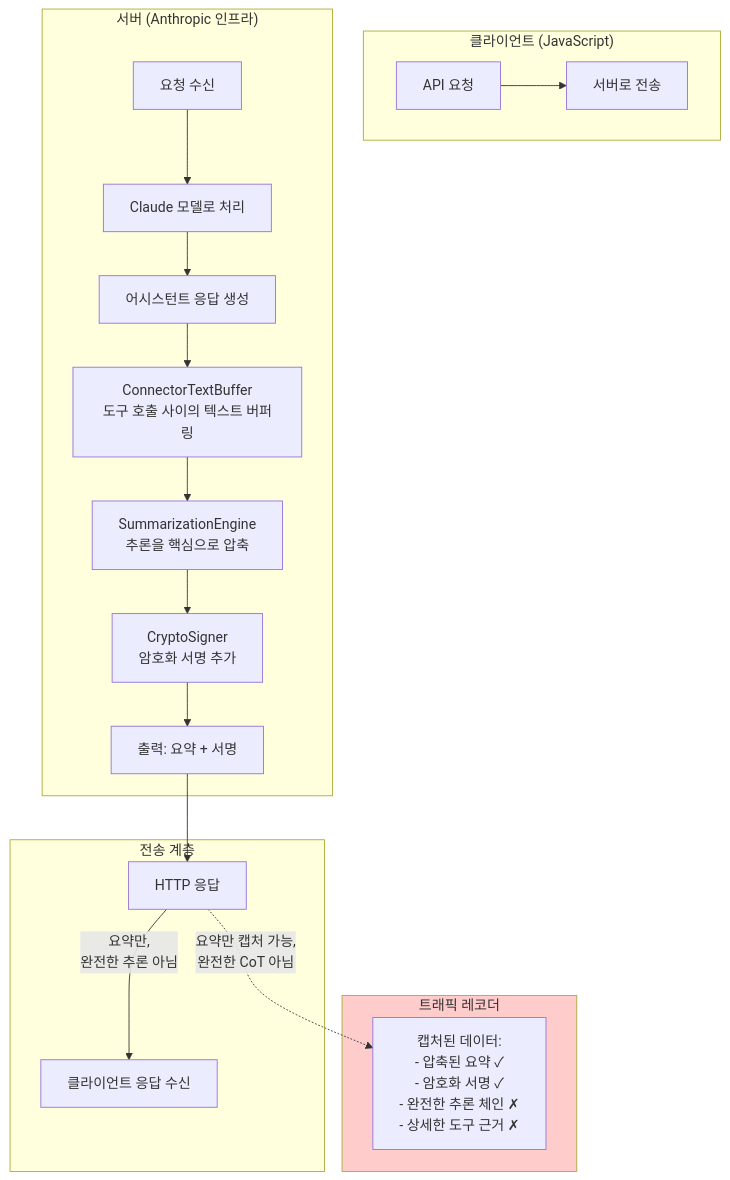
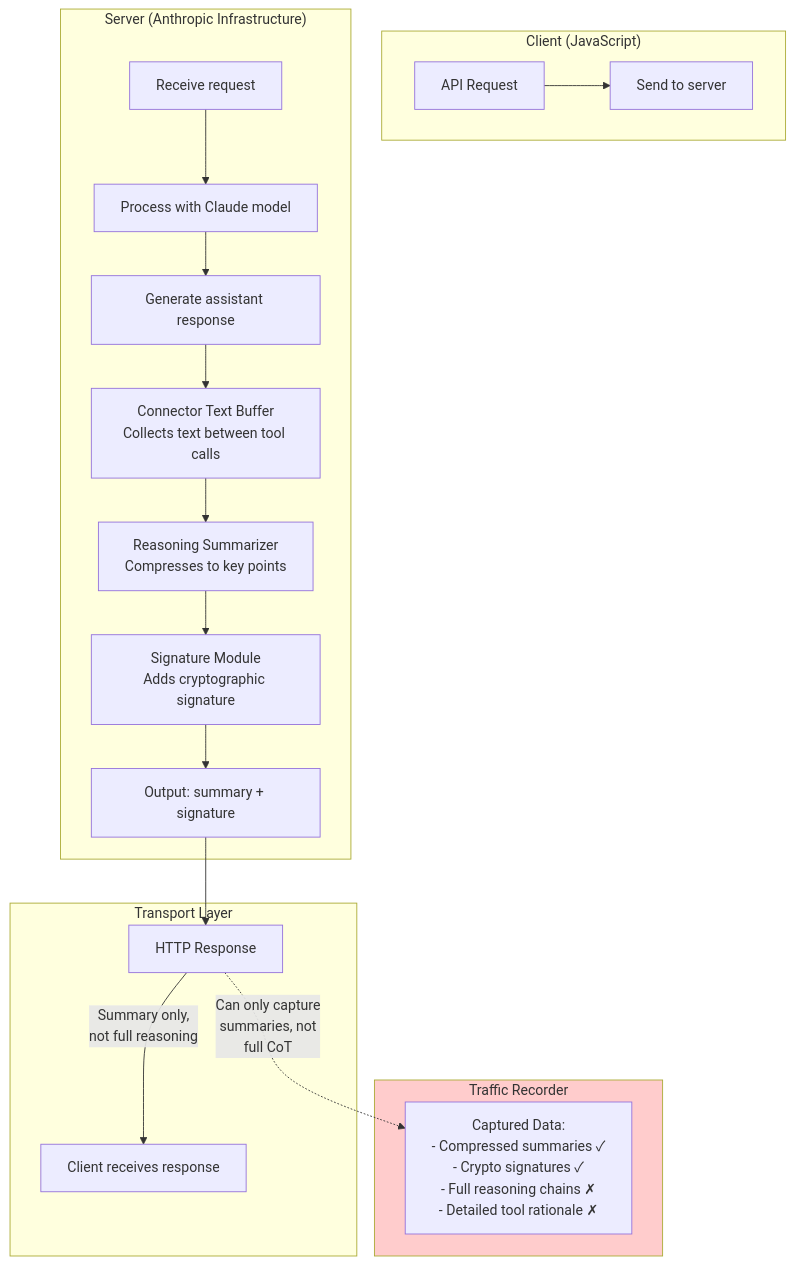
The second of 3 diagrams in docs/deep/ko/security/anti-distillation.md (hi-space/claude-code-unpack-docs), drawn with Mermaid before and after one commit. The commit also changed other lines of this file and 51 other files, not shown here.

````diff
--- a/docs/deep/ko/security/anti-distillation.md
+++ b/docs/deep/ko/security/anti-distillation.md
@@ -90,28 +95,28 @@
 ```mermaid
 flowchart TB
-    subgraph Client["클라이언트 (JavaScript)"]
-        Req[API 요청] --> Send[서버로 전송]
+    subgraph Client["Client (JavaScript)"]
+        Req[API Request] --> Send[Send to server]
     end
 
-    subgraph Server["서버 (Anthropic 인프라)"]
-        Recv[요청 수신] --> Process[Claude 모델로 처리]
-        Process --> Generate[어시스턴트 응답 생성]
+    subgraph Server["Server (Anthropic Infrastructure)"]
+        Recv[Receive request] --> Process[Process with Claude model]
+        Process --> Generate[Generate assistant response]
 
-        Generate --> Buffer["ConnectorTextBuffer<br/>도구 호출 사이의 텍스트 버퍼링"]
+        Generate --> Buffer["Connector Text Buffer<br/>Collects text between tool calls"]
 
-        Buffer --> Summarize["SummarizationEngine<br/>추론을 핵심으로 압축"]
-        Summarize --> Sign["CryptoSigner<br/>암호화 서명 추가"]
-        Sign --> Output["출력: 요약 + 서명"]
+        Buffer --> Summarize["Reasoning Summarizer<br/>Compresses to key points"]
+        Summarize --> Sign["Signature Module<br/>Adds cryptographic signature"]
+        Sign --> Output["Output: summary + signature"]
     end
 
-    subgraph Transport["전송 계층"]
-        Output --> Response[HTTP 응답]
-        Response --> |"요약만,<br/>완전한 추론 아님"| Client2[클라이언트 응답 수신]
+    subgraph Transport["Transport Layer"]
+        Output --> Response[HTTP Response]
+        Response --> |"Summary only,<br/>not full reasoning"| Client2[Client receives response]
     end
 
-    subgraph Attacker["트래픽 레코더"]
-        Response -.-> |"요약만 캡처 가능,<br/>완전한 CoT 아님"| Captured["캡처된 데이터:<br/>- 압축된 요약 ✓<br/>- 암호화 서명 ✓<br/>- 완전한 추론 체인 ✗<br/>- 상세한 도구 근거 ✗"]
+    subgraph Attacker["Traffic Recorder"]
+        Response -.-> |"Can only capture<br/>summaries, not<br/>full CoT"| Captured["Captured Data:<br/>- Compressed summaries ✓<br/>- Crypto signatures ✓<br/>- Full reasoning chains ✗<br/>- Detailed tool rationale ✗"]
     end
 
     style Attacker fill:#ffcccc
 ```
````
